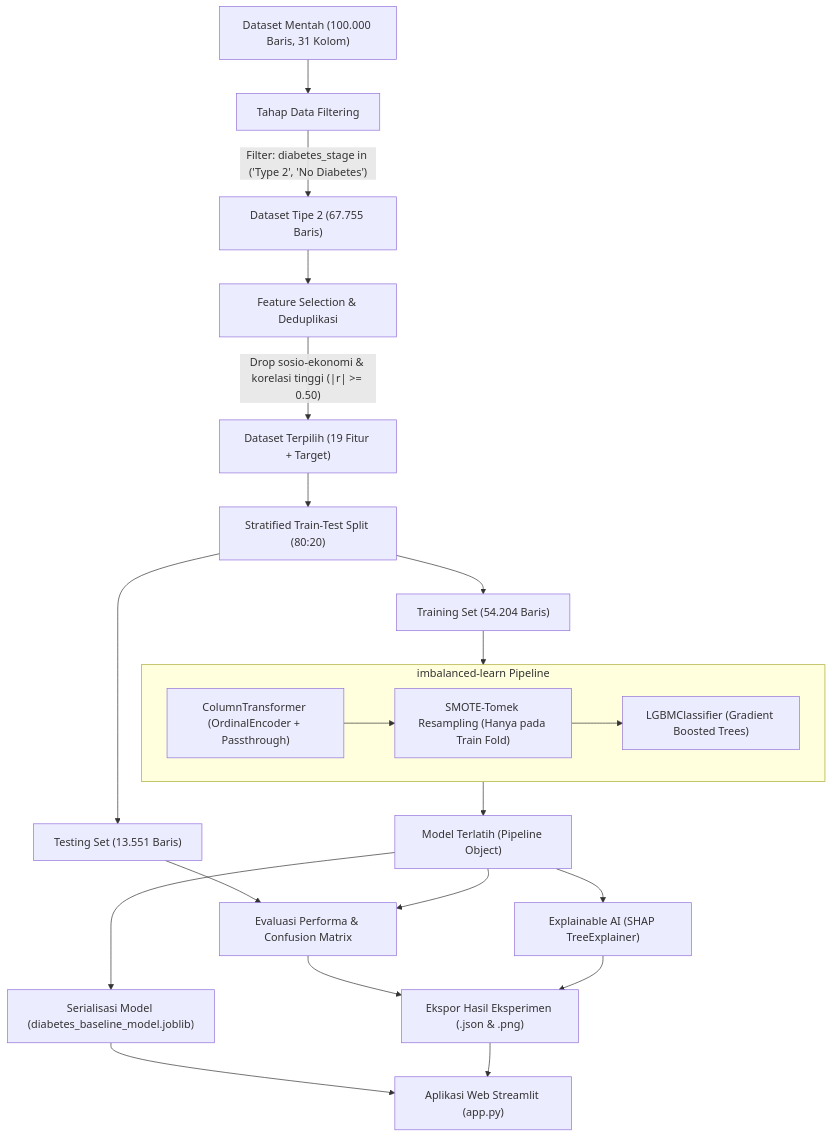
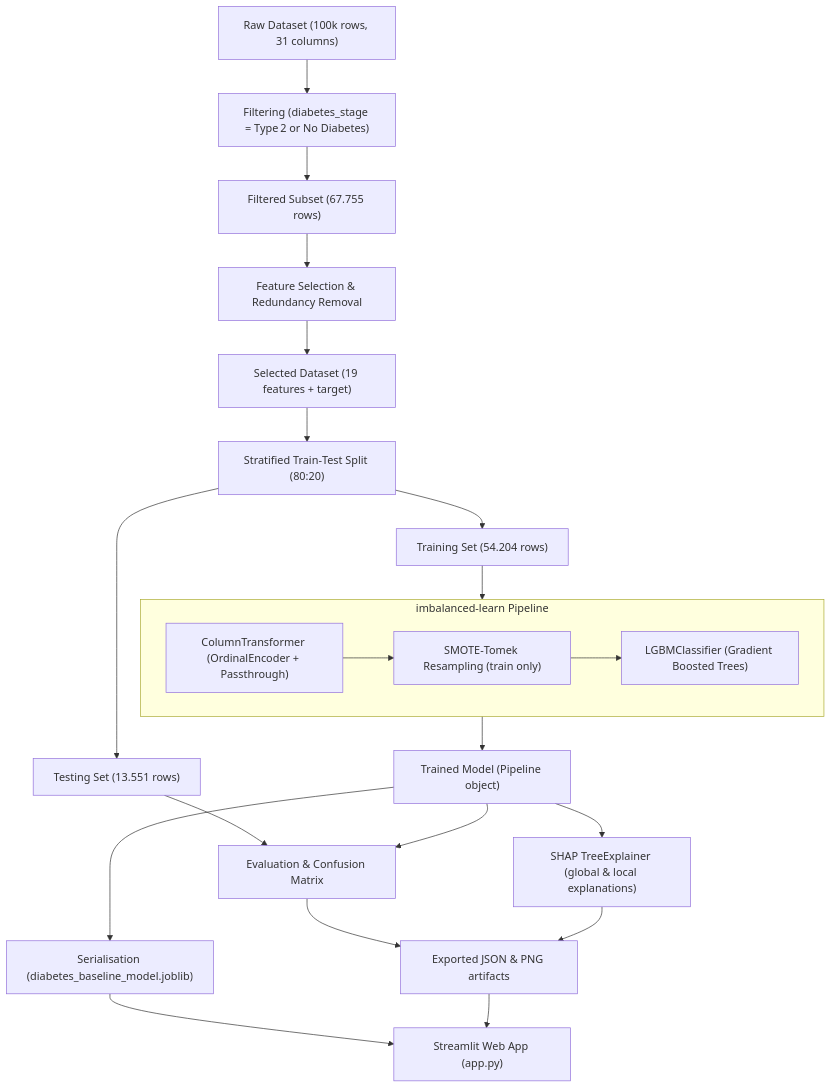
The first of 2 diagrams in README.md (faarizzqi/TA-diabetes-prediction-and-explanation), drawn with Mermaid before and after one commit. The commit also changed other lines of this file, not shown here.

````diff
--- a/README.md
+++ b/README.md
@@ -27,32 +39,25 @@
 ```mermaid
 flowchart TD
-    A["Dataset Mentah (100.000 Baris, 31 Kolom)"] --> B["Tahap Data Filtering"]
-    B -->|"Filter: diabetes_stage in ('Type 2', 'No Diabetes')"| C["Dataset Tipe 2 (67.755 Baris)"]
-    
-    C --> D["Feature Selection & Deduplikasi"]
-    D -->|"Drop sosio-ekonomi & korelasi tinggi (|r| >= 0.50)"| E["Dataset Terpilih (19 Fitur + Target)"]
-    
-    E --> F["Stratified Train-Test Split (80:20)"]
-    F --> G["Training Set (54.204 Baris)"]
-    F --> H["Testing Set (13.551 Baris)"]
-    
-    subgraph S_Pipeline ["imbalanced-learn Pipeline"]
+    A["Raw Dataset (100k rows, 31 columns)"] --> B["Filtering (diabetes_stage = Type 2 or No Diabetes)"]
+    B --> C["Filtered Subset (67.755 rows)"]
+    C --> D["Feature Selection & Redundancy Removal"]
+    D --> E["Selected Dataset (19 features + target)"]
+    E --> F["Stratified Train‑Test Split (80:20)"]
+    F --> G["Training Set (54.204 rows)"]
+    F --> H["Testing Set (13.551 rows)"]
+    subgraph Pipeline ["imbalanced‑learn Pipeline"]
         I["ColumnTransformer (OrdinalEncoder + Passthrough)"]
-        J["SMOTE-Tomek Resampling (Hanya pada Train Fold)"]
+        J["SMOTE‑Tomek Resampling (train only)"]
         K["LGBMClassifier (Gradient Boosted Trees)"]
         I --> J --> K
     end
-    
-    G --> S_Pipeline
-    S_Pipeline --> L["Model Terlatih (Pipeline Object)"]
-    
-    H --> M["Evaluasi Performa & Confusion Matrix"]
+    G --> Pipeline --> L["Trained Model (Pipeline object)"]
+    H --> M["Evaluation & Confusion Matrix"]
     L --> M
-    L --> N["Explainable AI (SHAP TreeExplainer)"]
-    
-    L --> O["Serialisasi Model (diabetes_baseline_model.joblib)"]
-    M --> P["Ekspor Hasil Eksperimen (.json & .png)"]
+    L --> N["SHAP TreeExplainer (global & local explanations)"]
+    L --> O["Serialisation (diabetes_baseline_model.joblib)"]
+    M --> P["Exported JSON & PNG artifacts"]
     N --> P
-    O --> Q["Aplikasi Web Streamlit (app.py)"]
+    O --> Q["Streamlit Web App (app.py)"]
     P --> Q
 ```
````
